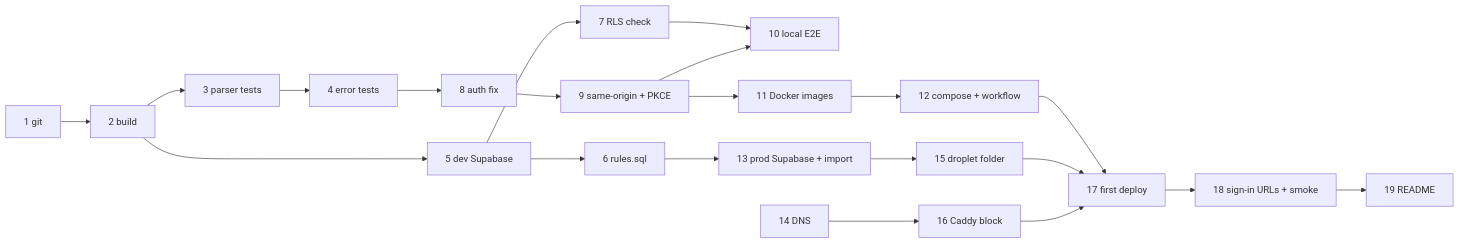
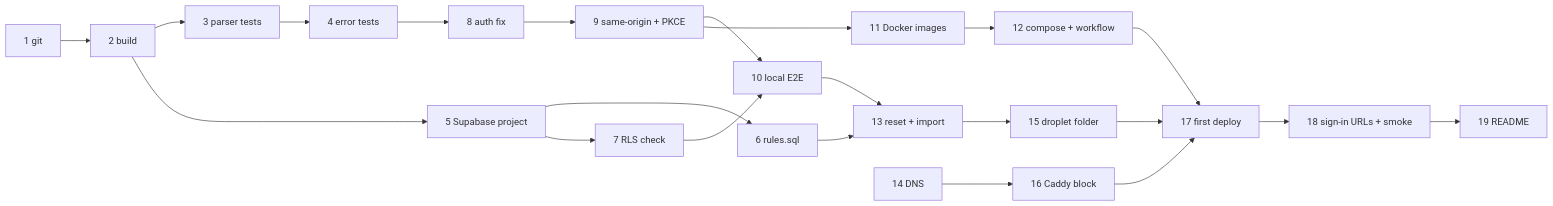
One commit to Litt1eStar/CMM27-Internship changed the diagram in docs/superpowers/plans/2026-10-04-cmm-internship-launch.md. Above: the diagram before and after it, drawn with Mermaid. The commit also changed other lines of this file and 1 other file, not shown here.

First line of the commit message:
docs: switch plan and CLAUDE.md to a single Supabase project

````diff
--- a/docs/superpowers/plans/2026-10-04-cmm-internship-launch.md
+++ b/docs/superpowers/plans/2026-10-04-cmm-internship-launch.md
@@ -50,16 +50,17 @@
 ```mermaid
 flowchart LR
   T1[1 git] --> T2[2 build]
   T2 --> T3[3 parser tests] --> T4[4 error tests] --> T8[8 auth fix] --> T9[9 same-origin + PKCE]
-  T2 --> T5[5 dev Supabase] --> T6[6 rules.sql]
+  T2 --> T5[5 Supabase project] --> T6[6 rules.sql]
   T5 --> T7[7 RLS check]
   T7 --> T10[10 local E2E]
   T9 --> T10
   T9 --> T11[11 Docker images] --> T12[12 compose + workflow]
-  T6 --> T13[13 prod Supabase + import] --> T15[15 droplet folder]
+  T6 --> T13[13 reset + import] --> T15[15 droplet folder]
+  T10 --> T13
   T14[14 DNS] --> T16[16 Caddy block]
   T12 --> T17[17 first deploy]
   T15 --> T17
   T16 --> T17
   T17 --> T18[18 sign-in URLs + smoke] --> T19[19 README]
 ```
````
